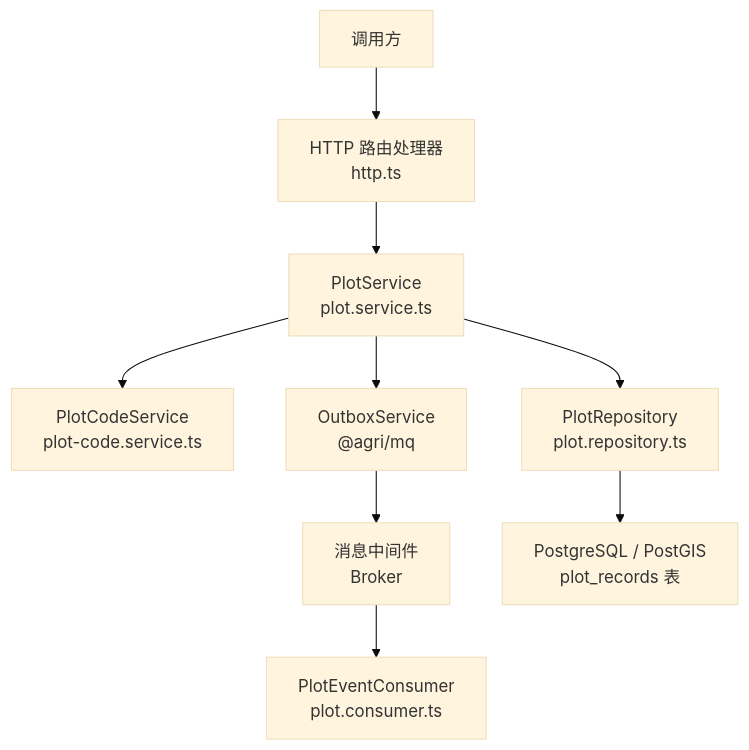
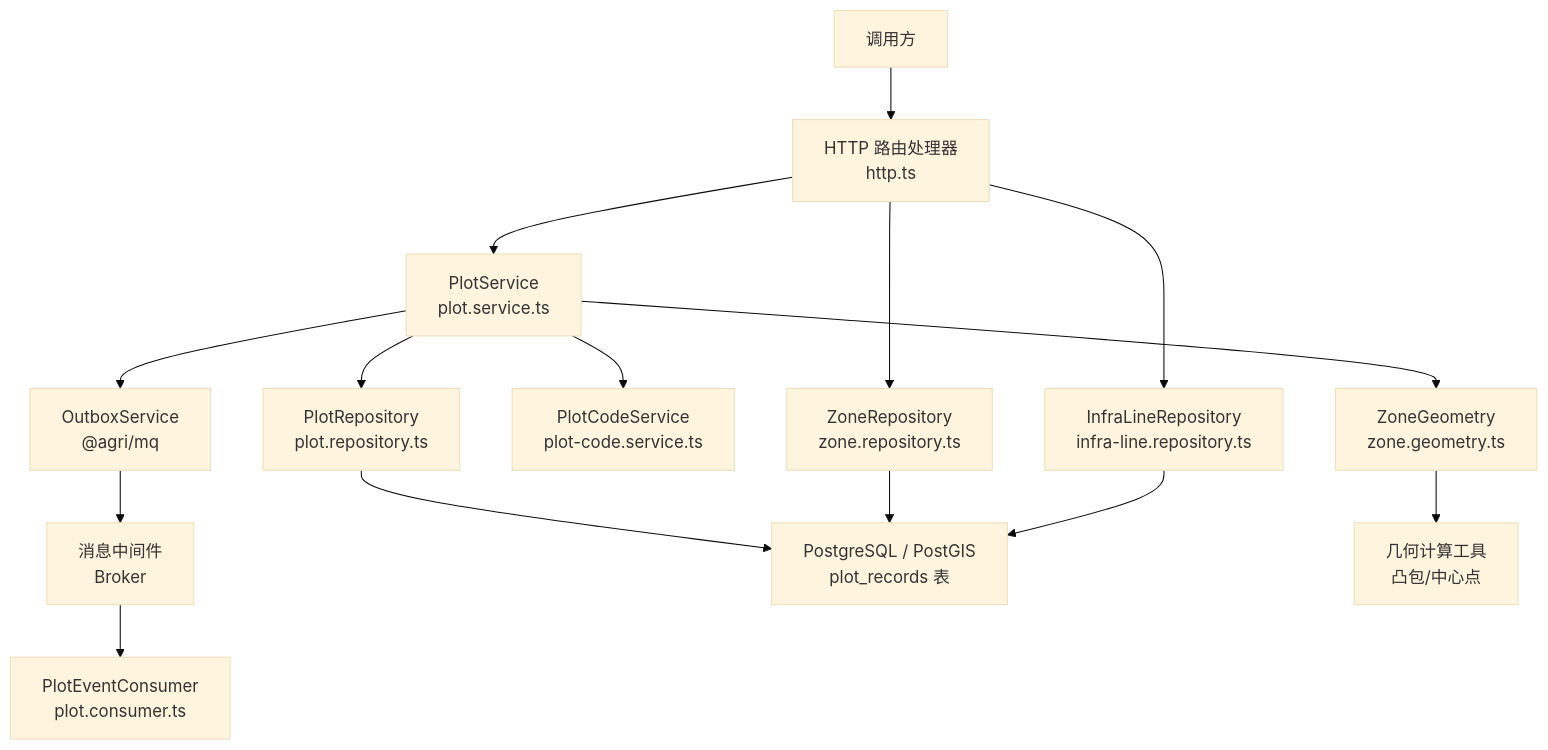
The first of 10 diagrams in .qoder/repowiki/zh/content/核心服务文档/地块管理服务.md (q446328246/agri-platform), drawn with Mermaid (base theme) before and after one commit. The commit also changed other lines of this file and 68 other files, not shown here.

````diff
--- a/.qoder/repowiki/zh/content/核心服务文档/地块管理服务.md
+++ b/.qoder/repowiki/zh/content/核心服务文档/地块管理服务.md
@@ -44,11 +61,17 @@
 ```mermaid
 graph TB
 Client["调用方"] --> HTTP["HTTP 路由处理器<br/>http.ts"]
 HTTP --> Service["PlotService<br/>plot.service.ts"]
+HTTP --> ZoneRepo["ZoneRepository<br/>zone.repository.ts"]
+HTTP --> InfraLineRepo["InfraLineRepository<br/>infra-line.repository.ts"]
 Service --> Code["PlotCodeService<br/>plot-code.service.ts"]
 Service --> Repo["PlotRepository<br/>plot.repository.ts"]
+Service --> Geometry["ZoneGeometry<br/>zone.geometry.ts"]
 Service --> Outbox["OutboxService<br/>@agri/mq"]
 Outbox --> MQ["消息中间件<br/>Broker"]
 MQ --> Consumer["PlotEventConsumer<br/>plot.consumer.ts"]
 Repo --> DB["PostgreSQL / PostGIS<br/>plot_records 表"]
+ZoneRepo --> DB
+InfraLineRepo --> DB
+Geometry --> Utils["几何计算工具<br/>凸包/中心点"]
 ```
````
